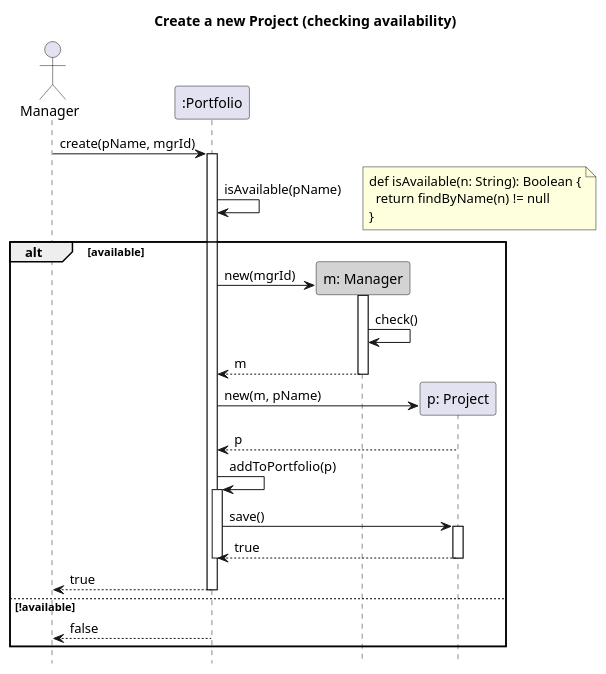
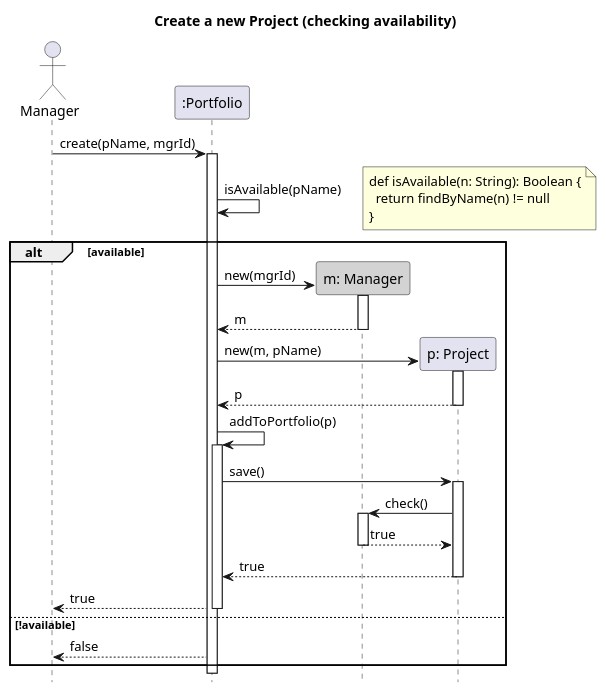
Before and after one commit to mosser/ood-dojo: the diagram in src/04_3_seq_create_project_avail.puml, drawn with PlantUML. The commit also changed 12 other files, not shown here.

Commit message:
check manager when saving project

```diff
--- a/src/04_3_seq_create_project_avail.puml
+++ b/src/04_3_seq_create_project_avail.puml
@@ -1,46 +1,49 @@
 @startuml
 
 hide footbox
 title Create a new Project (checking availability)
 
 actor Manager as M
 participant ":Portfolio" as P
 
 M -> P: create(pName, mgrId)
 activate P
 
 P -> P: isAvailable(pName)
 note right
   def isAvailable(n: String): Boolean {
     return findByName(n) != null
   }
 end note
 
 alt available
 
-  create "m: Manager" as Mgr #D3D3D3
-  P -> Mgr: new(mgrId)
-  activate Mgr
-  Mgr -> Mgr: check()
-  Mgr --> P: m
-  deactivate Mgr
+    create "m: Manager" as Mgr #D3D3D3
+    P -> Mgr: new(mgrId)
+    activate Mgr
+    Mgr --> P: m
+    deactivate Mgr
 
-  create "p: Project" as Proj
-  P -> Proj: new(m, pName)
-  Proj --> P: p
-
-  P -> P: addToPortfolio(p)
-  activate P
-  P -> Proj: save()
-  activate Proj
-  Proj --> P: true
-  deactivate Proj
-  deactivate P
-  P --> M: true
-  deactivate P
+    create "p: Project" as Proj
+    P -> Proj: new(m, pName)
+    activate Proj
+    Proj --> P: p
+    deactivate Proj
+    P -> P: addToPortfolio(p)
+    activate P
+    P -> Proj: save()
+    activate Proj
+    Proj -> Mgr: check()
+    activate Mgr
+    Mgr --> Proj: true
+    deactivate Mgr
+    Proj --> P: true
+    deactivate Proj
+    P --> M: true
+    deactivate P
 
 else !available
   P --> M: false
 end
 
 @enduml
```
